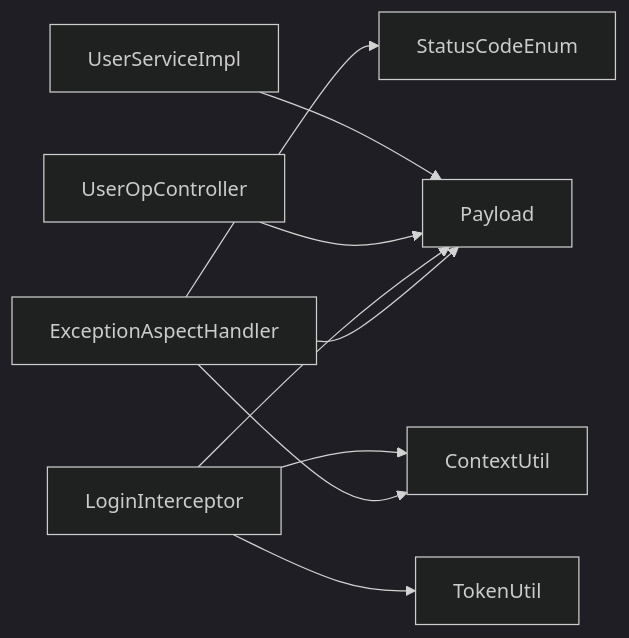
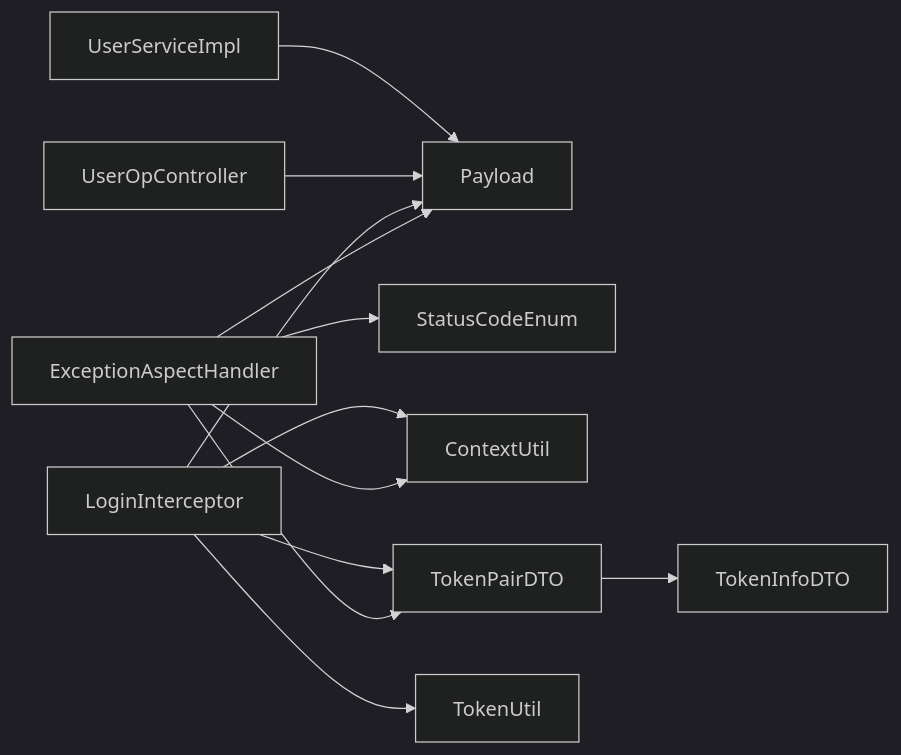
Before and after one commit to liftp/chat_simple: the ninth of 9 diagrams in .qoder/repowiki/zh/content/配置管理/全局异常处理.md, drawn with Mermaid (dark theme). The commit also changed other lines of this file and 6 other files, not shown here.

````diff
--- a/.qoder/repowiki/zh/content/配置管理/全局异常处理.md
+++ b/.qoder/repowiki/zh/content/配置管理/全局异常处理.md
@@ -304,11 +383,14 @@
 ```mermaid
 graph LR
 Aspect["ExceptionAspectHandler"] --> Payload["Payload"]
 Aspect --> Status["StatusCodeEnum"]
 Aspect --> Ctx["ContextUtil"]
+Aspect --> DTO["TokenPairDTO"]
 Interceptor["LoginInterceptor"] --> Token["TokenUtil"]
 Interceptor --> Ctx
 Interceptor --> Payload
+Interceptor --> DTO
 Controller["UserOpController"] --> Payload
 Service["UserServiceImpl"] --> Payload
+DTO --> Info["TokenInfoDTO"]
 ```
````
